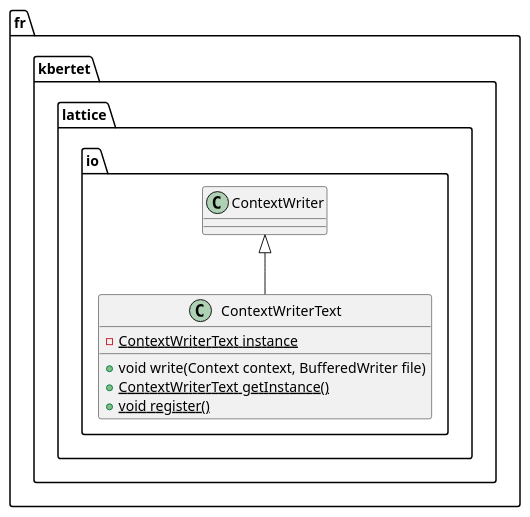
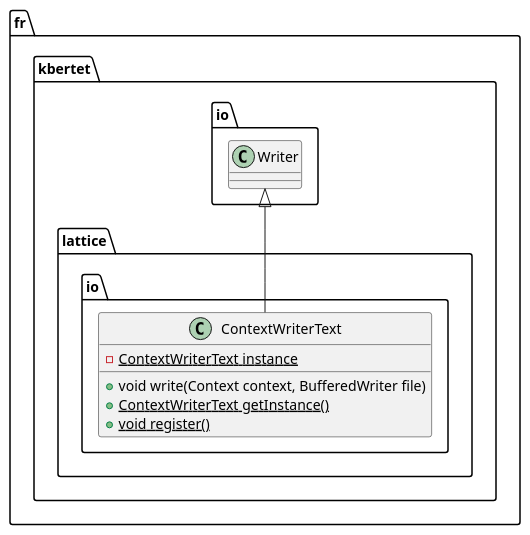
One commit to thegalactic/java-lattices changed the diagram in src/main/javadoc/resources/fr/kbertet/context/io/ContextWriterText.iuml. Above: the diagram before and after it, drawn with PlantUML. The commit also changed 28 other files, not shown here.

```diff
--- a/src/main/javadoc/resources/fr/kbertet/context/io/ContextWriterText.iuml
+++ b/src/main/javadoc/resources/fr/kbertet/context/io/ContextWriterText.iuml
@@ -1,10 +1,10 @@
 package fr.kbertet.lattice.io {
     class ContextWriterText {
     	-{static}ContextWriterText instance
         +void write(Context context, BufferedWriter file)
         +{static}ContextWriterText getInstance()
         +{static}void register()
     }
 
-    ContextWriter <|-- ContextWriterText
+    fr.kbertet.io.Writer <|-- ContextWriterText
 }
```
